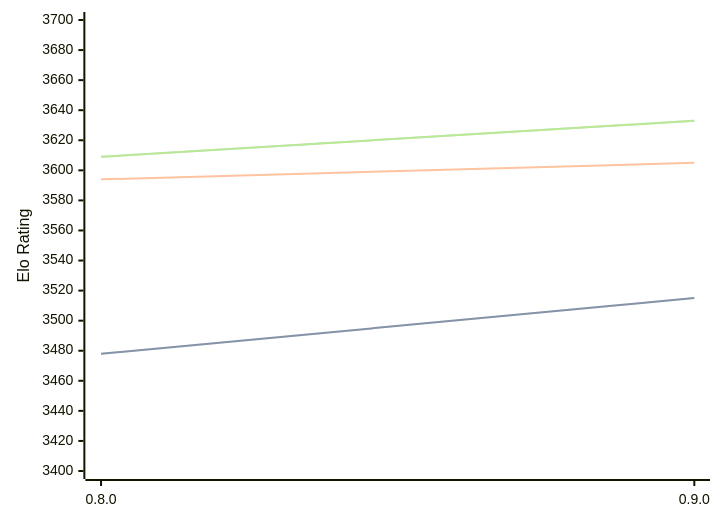
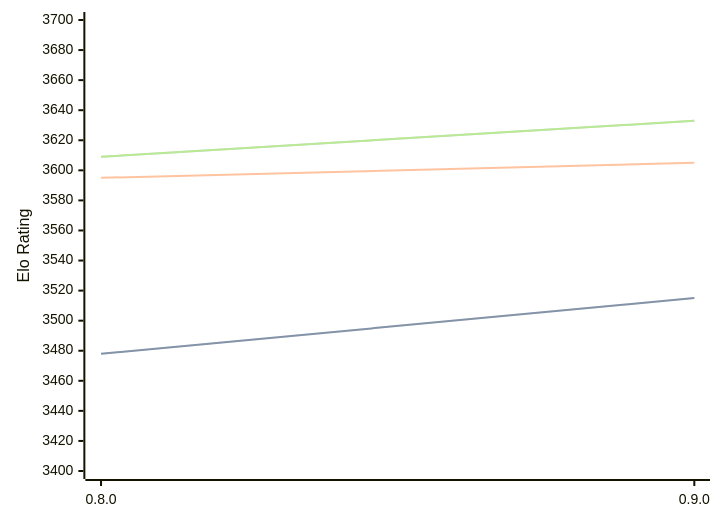
The diagram in engines/Reckless.md (computer-chess-index/cci), drawn with Mermaid before and after one commit. The commit also changed other lines of this file, not shown here.

````diff
--- a/engines/Reckless.md
+++ b/engines/Reckless.md
@@ -39,11 +39,11 @@
 ```mermaid
 %%{init: {"theme":"base","themeVariables":{"seriesColors:['#a3a3a3','#222221','#faa371']}}}%%
 xychart-beta
   x-axis ["0.8.0", "0.9.0"]
   y-axis "Elo Rating" 3400 --> 3700
   line "STC (8.0+0.08s)" [3478, 3515]
   line "STC (8.0+0.08s)" [3478, 3515]
-  line "LTC (60.0+0.60s)" [3594, 3605]
+  line "LTC (60.0+0.60s)" [3595, 3605]
   line "VLTC (2m24s+1.12s)" [3609, 3633]
   line "VLTC (2m24s+1.12s)" [3609, 3633]
 ```
````
